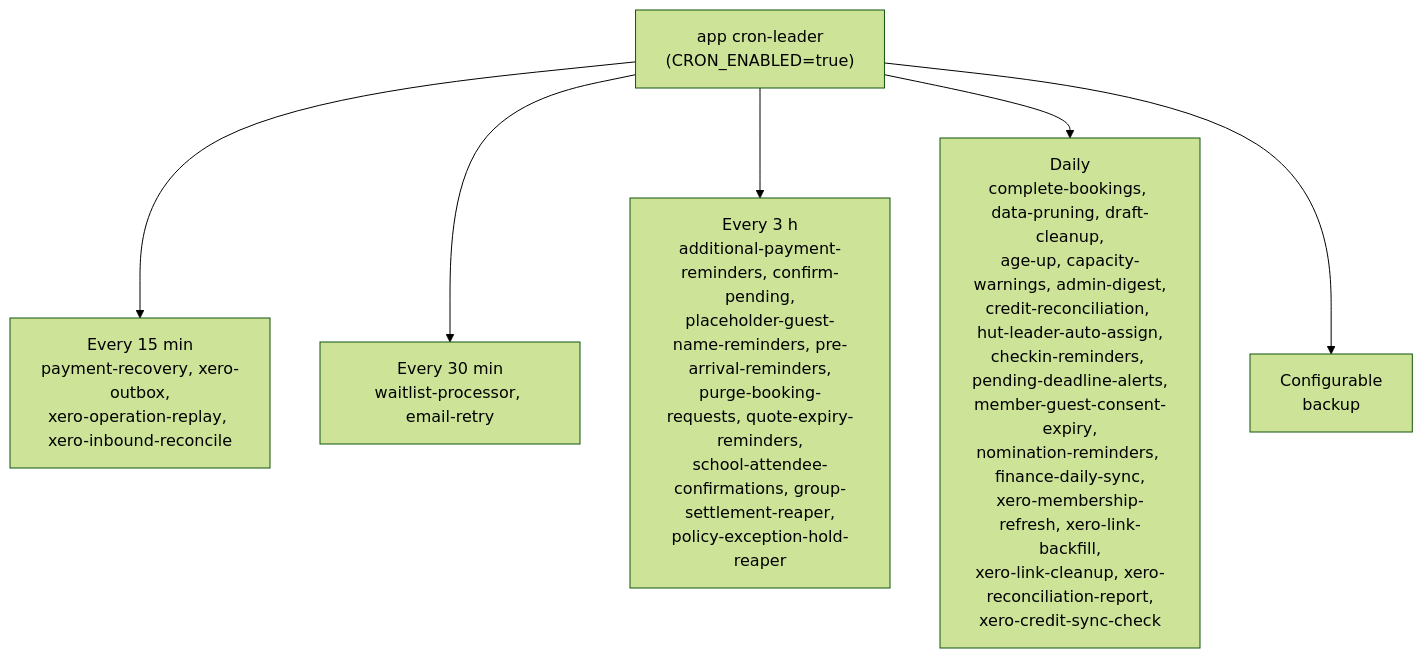
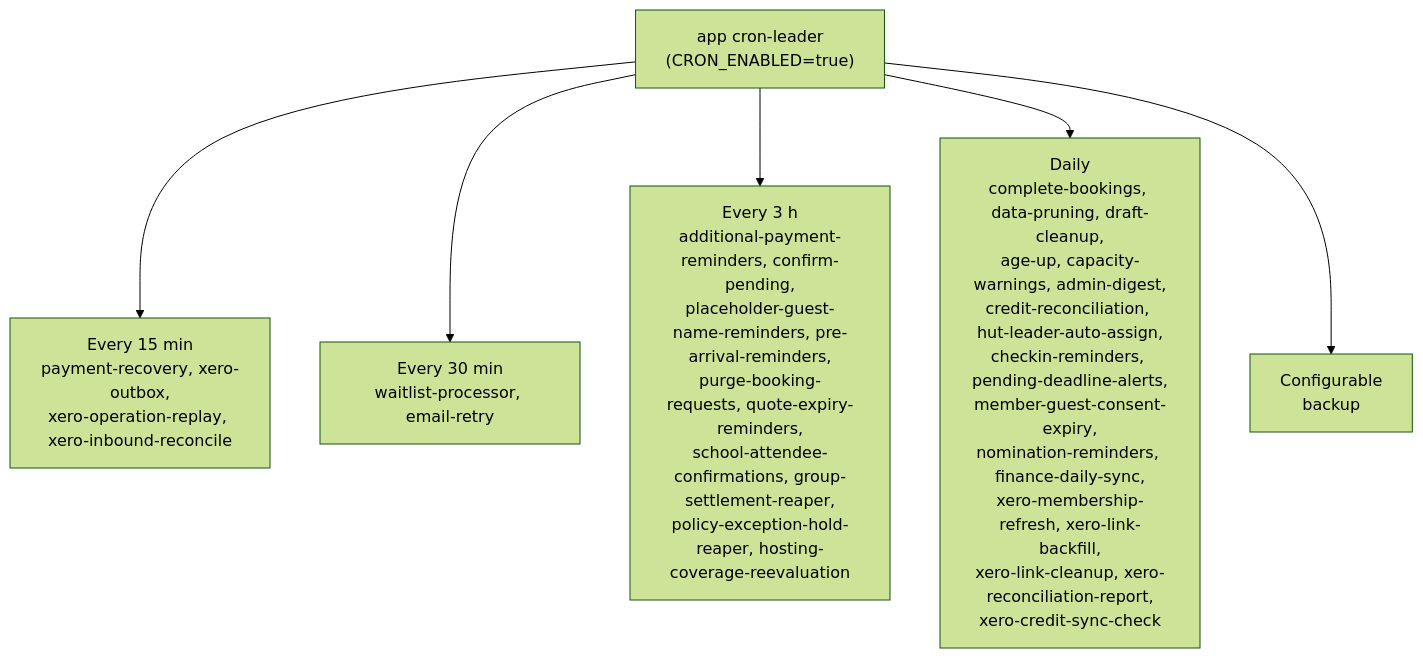
The fifth of 5 diagrams in docs/ARCHITECTURE.md (hoppers99/AlpineClubBookingsNZ), drawn with Mermaid (forest theme) before and after one commit. The commit also changed other lines of this file and 6 other files, not shown here.

````diff
--- a/docs/ARCHITECTURE.md
+++ b/docs/ARCHITECTURE.md
@@ -2529,9 +2529,9 @@
 ```mermaid
 flowchart TD
     Leader["app cron-leader<br/>(CRON_ENABLED=true)"]
     Leader --> Q15["Every 15 min<br/>payment-recovery, xero-outbox,<br/>xero-operation-replay, xero-inbound-reconcile"]
     Leader --> Q30["Every 30 min<br/>waitlist-processor, email-retry"]
-    Leader --> Q3h["Every 3 h<br/>additional-payment-reminders, confirm-pending,<br/>placeholder-guest-name-reminders, pre-arrival-reminders,<br/>purge-booking-requests, quote-expiry-reminders,<br/>school-attendee-confirmations, group-settlement-reaper,<br/>policy-exception-hold-reaper"]
+    Leader --> Q3h["Every 3 h<br/>additional-payment-reminders, confirm-pending,<br/>placeholder-guest-name-reminders, pre-arrival-reminders,<br/>purge-booking-requests, quote-expiry-reminders,<br/>school-attendee-confirmations, group-settlement-reaper,<br/>policy-exception-hold-reaper, hosting-coverage-reevaluation"]
     Leader --> Daily["Daily<br/>complete-bookings, data-pruning, draft-cleanup,<br/>age-up, capacity-warnings, admin-digest,<br/>credit-reconciliation, hut-leader-auto-assign,<br/>checkin-reminders, pending-deadline-alerts,<br/>member-guest-consent-expiry,<br/>nomination-reminders, finance-daily-sync,<br/>xero-membership-refresh, xero-link-backfill,<br/>xero-link-cleanup, xero-reconciliation-report,<br/>xero-credit-sync-check"]
     Leader --> Cfg["Configurable<br/>backup"]
 ```
````
